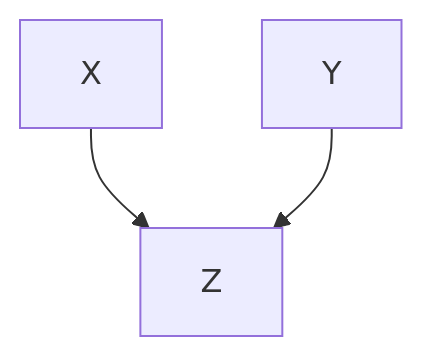
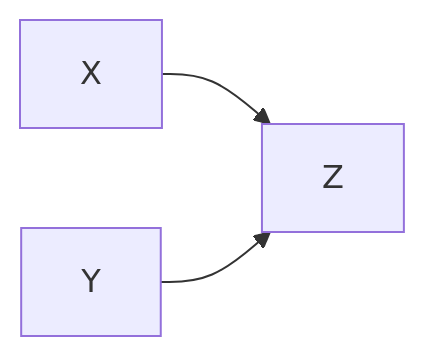
One commit to cobleg/CausalGraphs changed the second of 5 diagrams in causal graph basics.md. Above: the diagram before and after it, drawn with Mermaid. The commit also changed other lines of this file, not shown here.

````diff
--- a/causal graph basics.md
+++ b/causal graph basics.md
@@ -14,5 +14,5 @@
 ```mermaid
-graph TD;
+graph LR;
 	X-->Z;
 	Y-->Z; 
 ```
````
